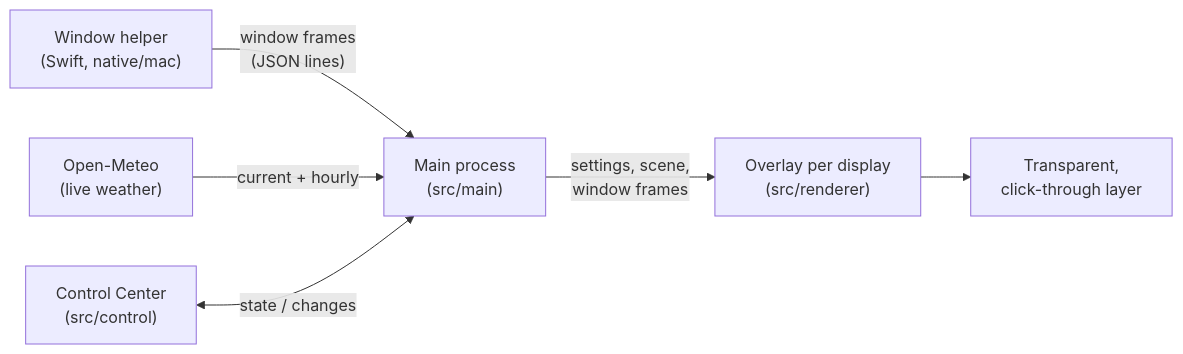
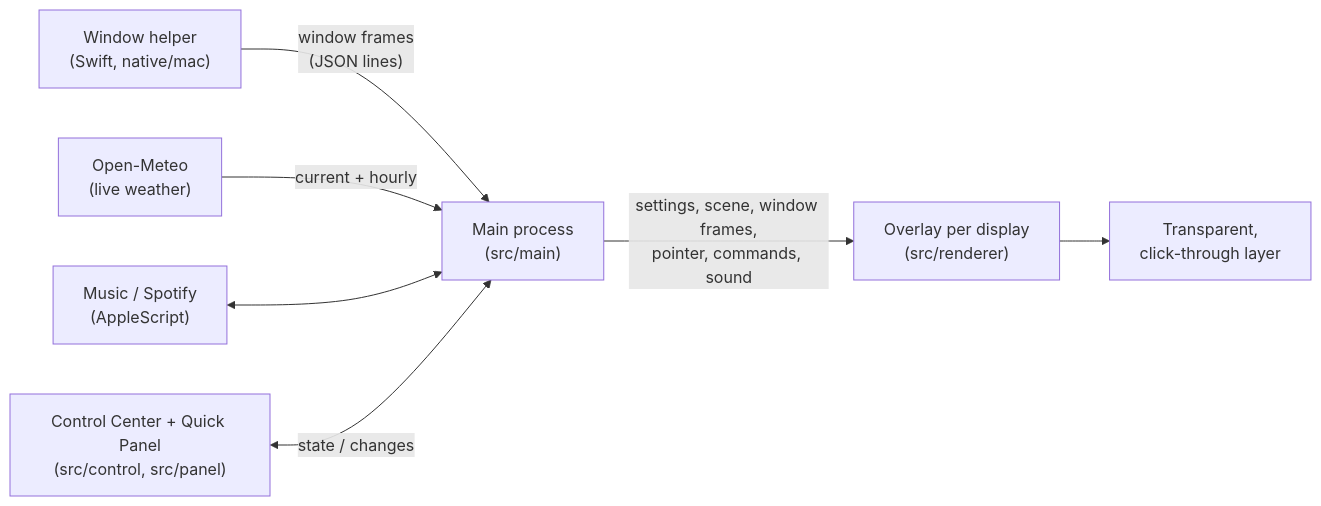
One commit to Rikinshah787/Panefall changed the diagram in README.md. Above: the diagram before and after it, drawn with Mermaid. The commit also changed other lines of this file and 29 other files, not shown here.

First line of the commit message:
Snowmen, snowballs, Quick Panel, ambient sound and now playing

````diff
--- a/README.md
+++ b/README.md
@@ -121,8 +144,9 @@
 ```mermaid
 flowchart LR
   helper["Window helper<br/>(Swift, native/mac)"] -- "window frames<br/>(JSON lines)" --> main["Main process<br/>(src/main)"]
   meteo["Open-Meteo<br/>(live weather)"] -- "current + hourly" --> main
-  main -- "settings, scene,<br/>window frames" --> overlay["Overlay per display<br/>(src/renderer)"]
-  control["Control Center<br/>(src/control)"] <-- "state / changes" --> main
+  players["Music / Spotify<br/>(AppleScript)"] <--> main
+  main -- "settings, scene, window frames,<br/>pointer, commands, sound" --> overlay["Overlay per display<br/>(src/renderer)"]
+  ui["Control Center + Quick Panel<br/>(src/control, src/panel)"] <-- "state / changes" --> main
   overlay --> screen["Transparent,<br/>click-through layer"]
 ```
````
